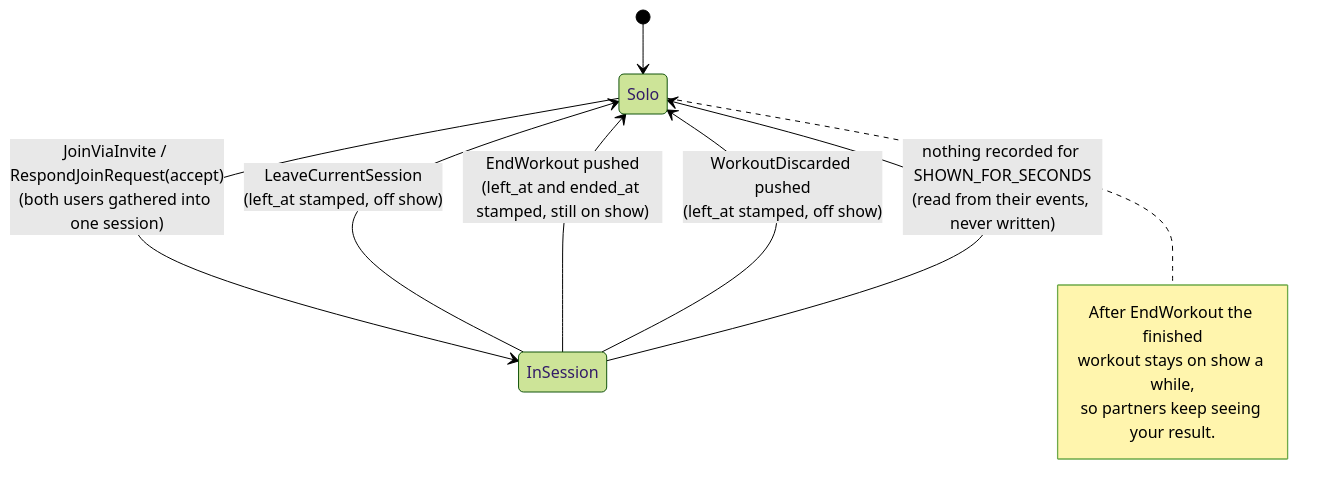
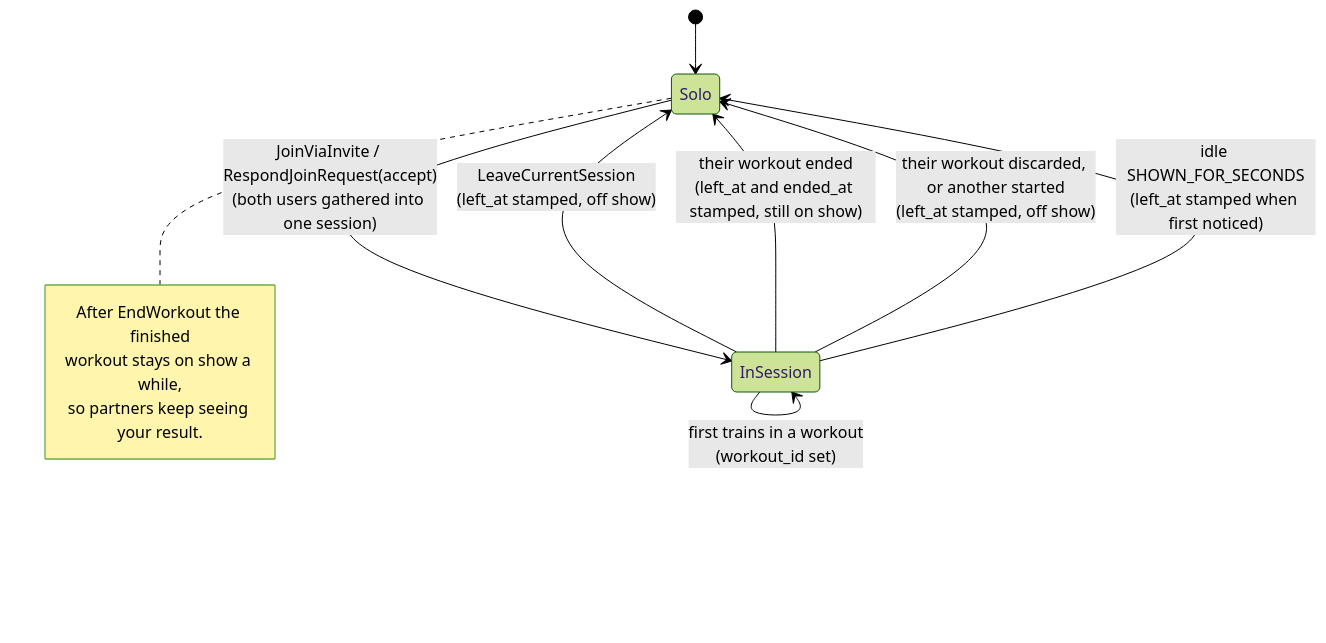
Before and after one commit to brensch/lift: the second of 4 diagrams in docs/architecture/multiplayer.md, drawn with Mermaid (forest theme). The commit also changed other lines of this file and 11 other files, not shown here.

First line of the commit message:
Multiplayer: a member's part in a session is one workout

````diff
--- a/docs/architecture/multiplayer.md
+++ b/docs/architecture/multiplayer.md
@@ -46,14 +57,15 @@
 ```mermaid
 stateDiagram-v2
     [*] --> Solo
     Solo --> InSession: JoinViaInvite / RespondJoinRequest(accept)<br/>(both users gathered into one session)
     InSession --> Solo: LeaveCurrentSession<br/>(left_at stamped, off show)
-    InSession --> Solo: EndWorkout pushed<br/>(left_at and ended_at stamped, still on show)
-    InSession --> Solo: WorkoutDiscarded pushed<br/>(left_at stamped, off show)
-    InSession --> Solo: nothing recorded for SHOWN_FOR_SECONDS<br/>(read from their events, never written)
+    InSession --> InSession: first trains in a workout<br/>(workout_id set)
+    InSession --> Solo: their workout ended<br/>(left_at and ended_at stamped, still on show)
+    InSession --> Solo: their workout discarded, or another started<br/>(left_at stamped, off show)
+    InSession --> Solo: idle SHOWN_FOR_SECONDS<br/>(left_at stamped when first noticed)
     note right of Solo
         After EndWorkout the finished
         workout stays on show a while,
         so partners keep seeing your result.
     end note
 ```
````
